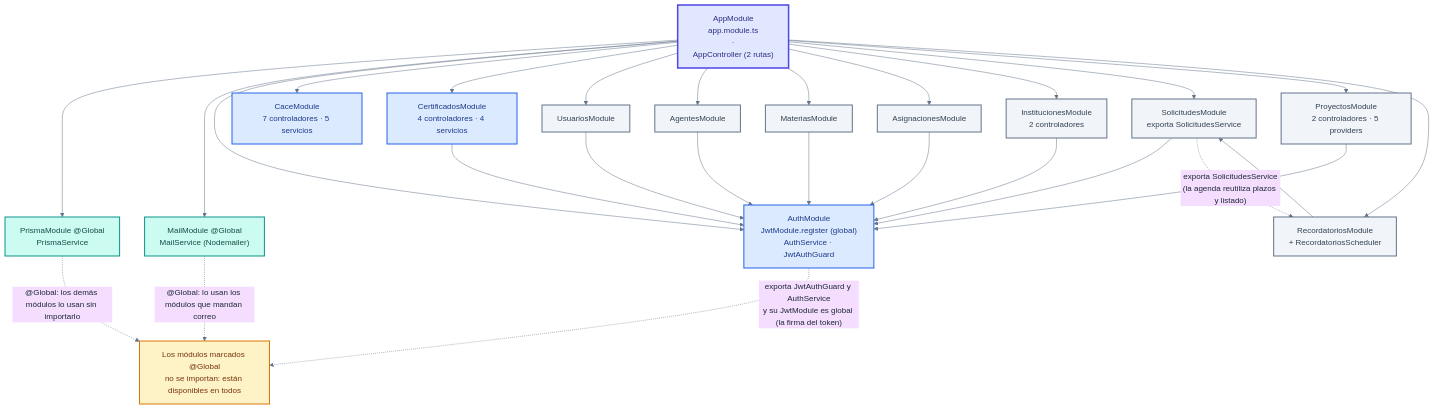
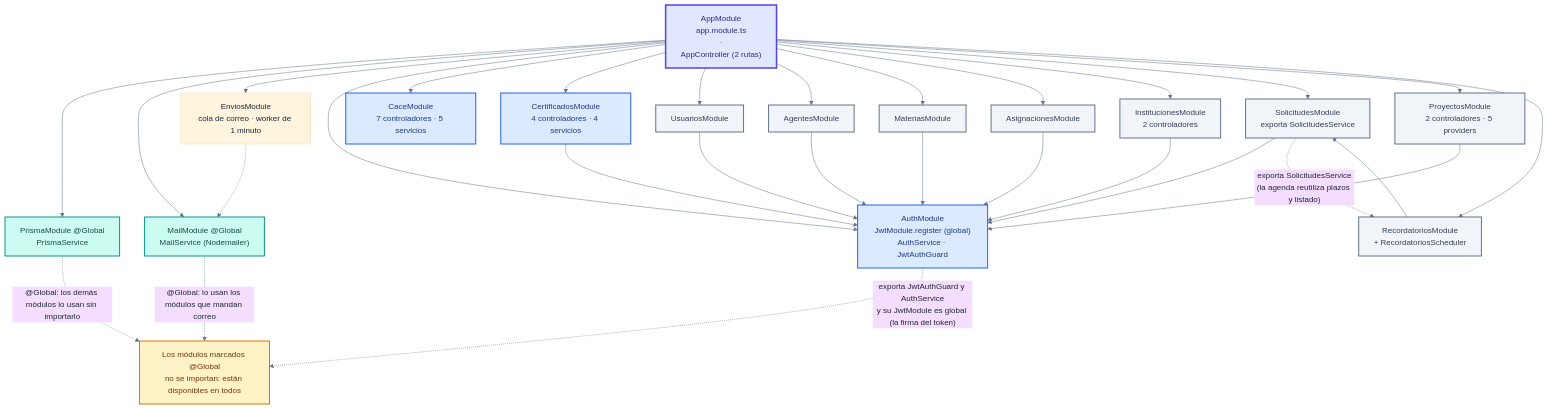
One commit to RICARDOSOTO6/clases-espejo changed the diagram in docs/producto/diagramas/modulos_backend.md. Above: the diagram before and after it, drawn with Mermaid. The commit also changed other lines of this file and 8 other files, not shown here.

First line of the commit message:
Documenta la Fase 2: cola de correo, progreso y SMTP

````diff
--- a/docs/producto/diagramas/modulos_backend.md
+++ b/docs/producto/diagramas/modulos_backend.md
@@ -16,75 +16,78 @@
 ```mermaid
 %%{init: {
     "theme": "base",
     "themeVariables": {
         "background": "#F5F7FA",
         "primaryTextColor": "#1F2937",
         "lineColor": "#64748B",
         "fontFamily": "Arial"
     }
 }}%%
 
 flowchart TB
 
     App["AppModule<br/>app.module.ts<br/>·<br/>AppController (2 rutas)"]
 
     Prisma["PrismaModule @Global<br/>PrismaService"]
     Mail["MailModule @Global<br/>MailService (Nodemailer)"]
+    Envios["EnviosModule<br/>cola de correo · worker de 1 minuto"]
 
     Auth["AuthModule<br/>JwtModule.register (global)<br/>AuthService · JwtAuthGuard"]
 
     Cace["CaceModule<br/>7 controladores · 5 servicios"]
     Cert["CertificadosModule<br/>4 controladores · 4 servicios"]
 
     Usuarios["UsuariosModule"]
     Agentes["AgentesModule"]
     Materias["MateriasModule"]
     Asign["AsignacionesModule"]
     Inst["InstitucionesModule<br/>2 controladores"]
     Solic["SolicitudesModule<br/>exporta SolicitudesService"]
     Proy["ProyectosModule<br/>2 controladores · 5 providers"]
     Record["RecordatoriosModule<br/>+ RecordatoriosScheduler"]
 
     Globales["Los módulos marcados @Global<br/>no se importan: están disponibles en todos"]
 
     App --> Prisma
     App --> Mail
+    App --> Envios
+    Envios -.-> Mail
     App --> Auth
     App --> Cace
     App --> Cert
     App --> Usuarios
     App --> Agentes
     App --> Materias
     App --> Asign
     App --> Inst
     App --> Solic
     App --> Proy
     App --> Record
 
     Usuarios --> Auth
     Agentes --> Auth
     Materias --> Auth
     Asign --> Auth
     Inst --> Auth
     Solic --> Auth
     Proy --> Auth
     Cert --> Auth
     Record --> Solic
 
     Prisma -. "@Global: los demás módulos lo usan sin importarlo" .-> Globales
     Mail -. "@Global: lo usan los módulos que mandan correo" .-> Globales
     Solic -. "exporta SolicitudesService<br/>(la agenda reutiliza plazos y listado)" .-> Record
     Auth -. "exporta JwtAuthGuard y AuthService<br/>y su JwtModule es global (la firma del token)" .-> Globales
 
     classDef raiz fill:#E0E7FF,stroke:#4F46E5,color:#312E81,stroke-width:3px
     classDef global fill:#CCFBF1,stroke:#0D9488,color:#134E4A,stroke-width:2px
     classDef nucleo fill:#DBEAFE,stroke:#2563EB,color:#1E3A8A,stroke-width:2px
     classDef modulo fill:#F1F5F9,stroke:#64748B,color:#334155,stroke-width:2px
     classDef nota fill:#FEF3C7,stroke:#D97706,color:#78350F,stroke-width:2px
 
     class App raiz
     class Prisma,Mail global
     class Auth,Cace,Cert nucleo
     class Usuarios,Agentes,Materias,Asign,Inst,Solic,Proy,Record modulo
     class Globales nota
 ```
````
